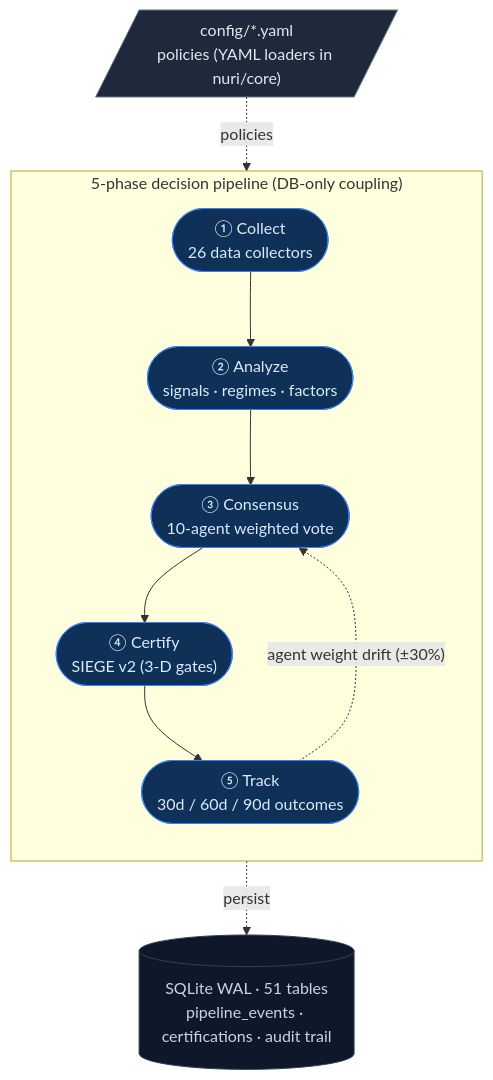
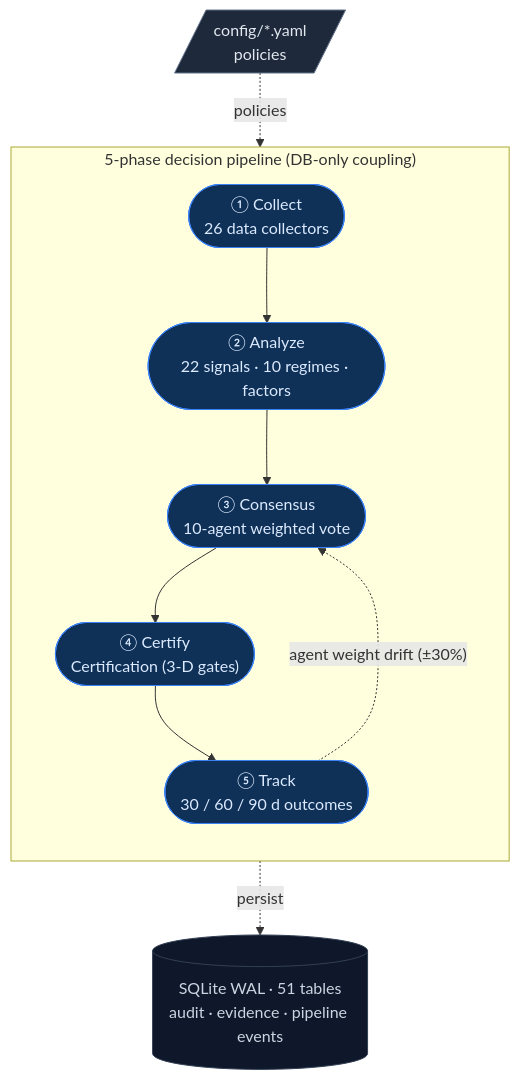
The diagram in README.md (researcherhojin/nuri-quant), drawn with Mermaid before and after one commit. The commit also changed other lines of this file and 1 other file, not shown here.

First line of the commit message:
docs(readme): refactor for readability + open-source friendliness (#659)

````diff
--- a/README.md
+++ b/README.md
@@ -17,25 +44,25 @@
 ```mermaid
 flowchart TB
-    CFG[/"config/*.yaml<br/>policies (YAML loaders in nuri/core)"/]:::source
+    CFG[/"config/*.yaml<br/>policies"/]:::source
 
     subgraph Pipeline["5-phase decision pipeline (DB-only coupling)"]
         direction TB
         A(["① Collect<br/>26 data collectors"]):::pipe
-        B(["② Analyze<br/>signals · regimes · factors"]):::pipe
+        B(["② Analyze<br/>22 signals · 10 regimes · factors"]):::pipe
         C(["③ Consensus<br/>10-agent weighted vote"]):::pipe
-        D(["④ Certify<br/>SIEGE v2 (3-D gates)"]):::pipe
-        E(["⑤ Track<br/>30d / 60d / 90d outcomes"]):::pipe
+        D(["④ Certify<br/>Certification (3-D gates)"]):::pipe
+        E(["⑤ Track<br/>30 / 60 / 90 d outcomes"]):::pipe
 
         A --> B --> C --> D --> E
         E -. "agent weight drift (±30%)" .-> C
     end
 
-    DB[("SQLite WAL · 51 tables<br/>pipeline_events · certifications · audit trail")]:::sink
+    DB[("SQLite WAL · 51 tables<br/>audit · evidence · pipeline events")]:::sink
 
     CFG -. policies .-> Pipeline
     Pipeline -. persist .-> DB
 
     classDef source fill:#1e293b,stroke:#64748b,color:#e2e8f0
     classDef pipe   fill:#0f3057,stroke:#3b82f6,color:#dbeafe
     classDef sink   fill:#0f172a,stroke:#334155,color:#cbd5e1
 ```
````
